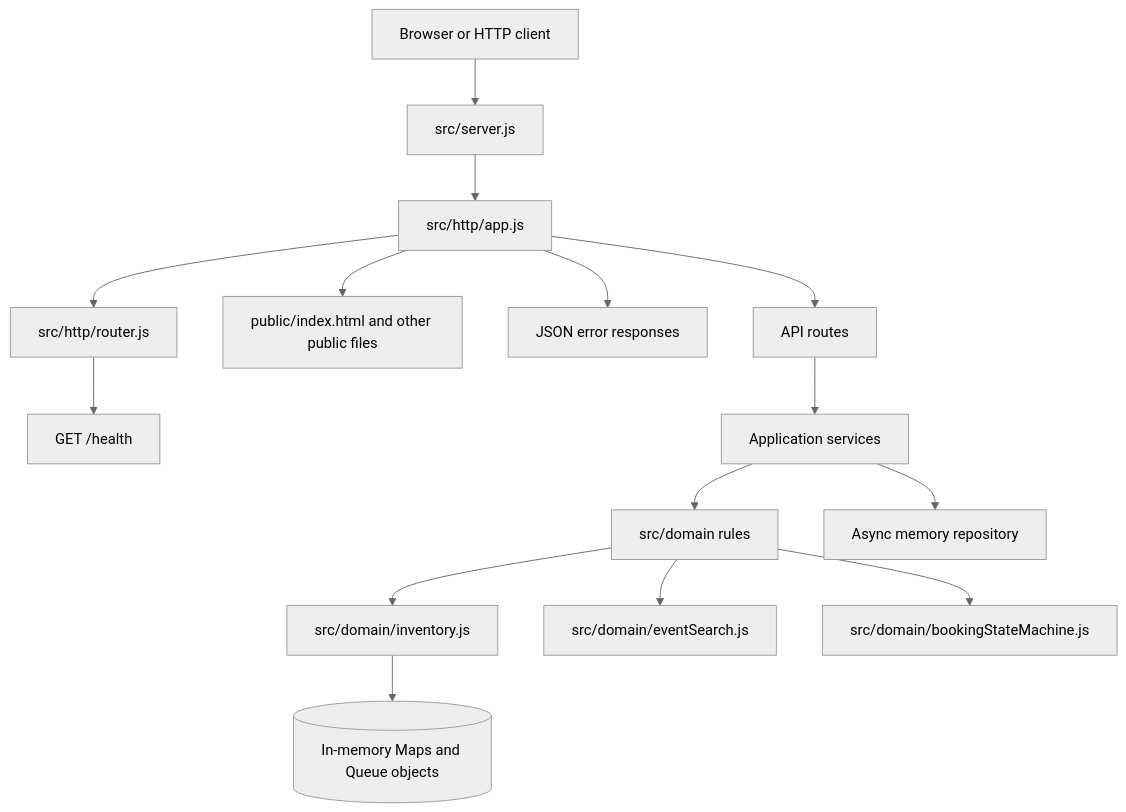
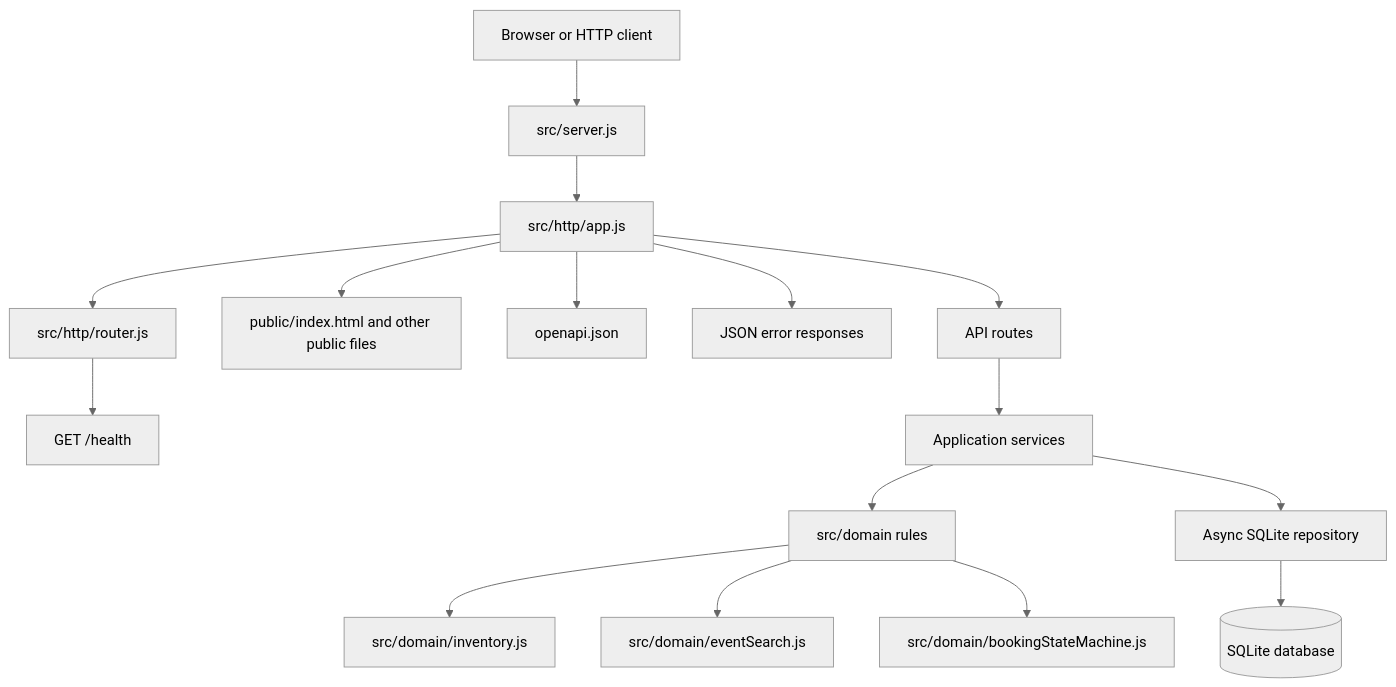
Before and after one commit to Acedigitals/MY-DSA-PROJECT: the first of 3 diagrams in docs/architecture.md, drawn with Mermaid (neutral theme). The commit also changed other lines of this file and 15 other files, not shown here.

````diff
--- a/docs/architecture.md
+++ b/docs/architecture.md
@@ -38,17 +60,18 @@
 ```mermaid
 flowchart TD
   Browser[Browser or HTTP client] --> Server[src/server.js]
   Server --> App[src/http/app.js]
   App --> Router[src/http/router.js]
   Router --> Health[GET /health]
   App --> Static[public/index.html and other public files]
+  App --> OpenAPI[openapi.json]
   App --> Errors[JSON error responses]
   App --> Routes[API routes]
   Routes --> Services[Application services]
   Services --> Rules[src/domain rules]
-  Services --> Repository[Async memory repository]
+  Services --> Repository[Async SQLite repository]
   Rules --> Inventory[src/domain/inventory.js]
   Rules --> Search[src/domain/eventSearch.js]
   Rules --> StateMachine[src/domain/bookingStateMachine.js]
-  Inventory --> Store[(In-memory Maps and Queue objects)]
+  Repository --> Store[(SQLite database)]
 ```
````
